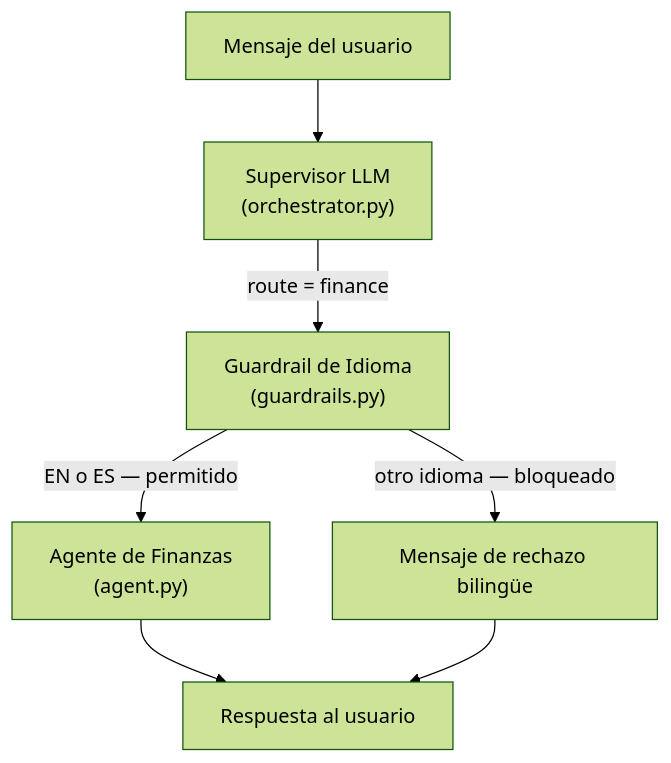
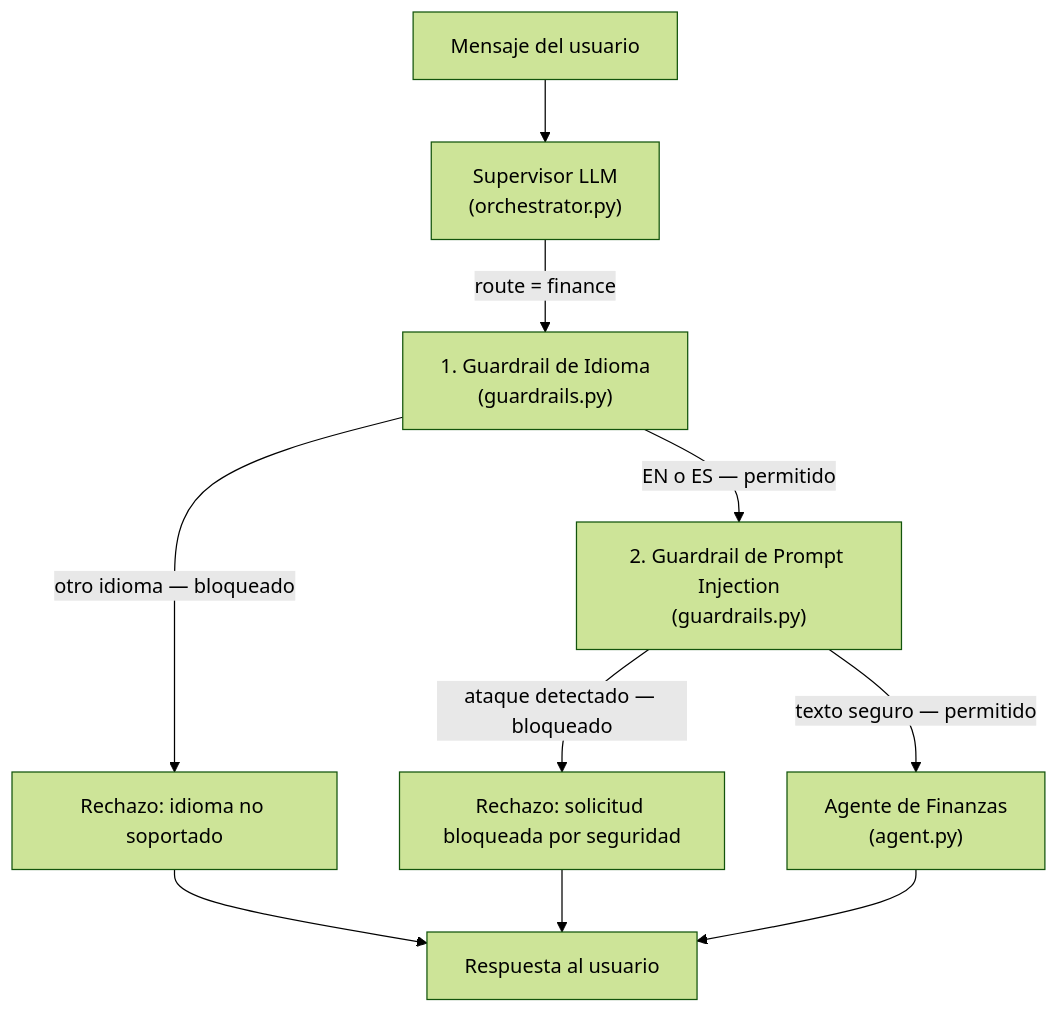
Before and after one commit to CharlyMoncada/travel-assitant: the diagram in documentation/Finance Language Guardrail.md, drawn with Mermaid (forest theme). The commit also changed other lines of this file and 2 other files, not shown here.

First line of the commit message:
feat(finance): add prompt injection guardrail with 17 pattern categories

````diff
--- a/documentation/Finance Language Guardrail.md
+++ b/documentation/Finance Language Guardrail.md
@@ -13,9 +18,12 @@
 ```mermaid
 flowchart TD
     userMsg["Mensaje del usuario"] --> supervisor["Supervisor LLM\n(orchestrator.py)"]
-    supervisor -->|"route = finance"| guardrail["Guardrail de Idioma\n(guardrails.py)"]
-    guardrail -->|"EN o ES — permitido"| financeAgent["Agente de Finanzas\n(agent.py)"]
-    guardrail -->|"otro idioma — bloqueado"| rejection["Mensaje de rechazo bilingüe"]
+    supervisor -->|"route = finance"| langGuard["1. Guardrail de Idioma\n(guardrails.py)"]
+    langGuard -->|"otro idioma — bloqueado"| rejLang["Rechazo: idioma no soportado"]
+    langGuard -->|"EN o ES — permitido"| injGuard["2. Guardrail de Prompt Injection\n(guardrails.py)"]
+    injGuard -->|"ataque detectado — bloqueado"| rejInj["Rechazo: solicitud bloqueada por seguridad"]
+    injGuard -->|"texto seguro — permitido"| financeAgent["Agente de Finanzas\n(agent.py)"]
     financeAgent --> response["Respuesta al usuario"]
-    rejection --> response
+    rejLang --> response
+    rejInj --> response
 ```
````
